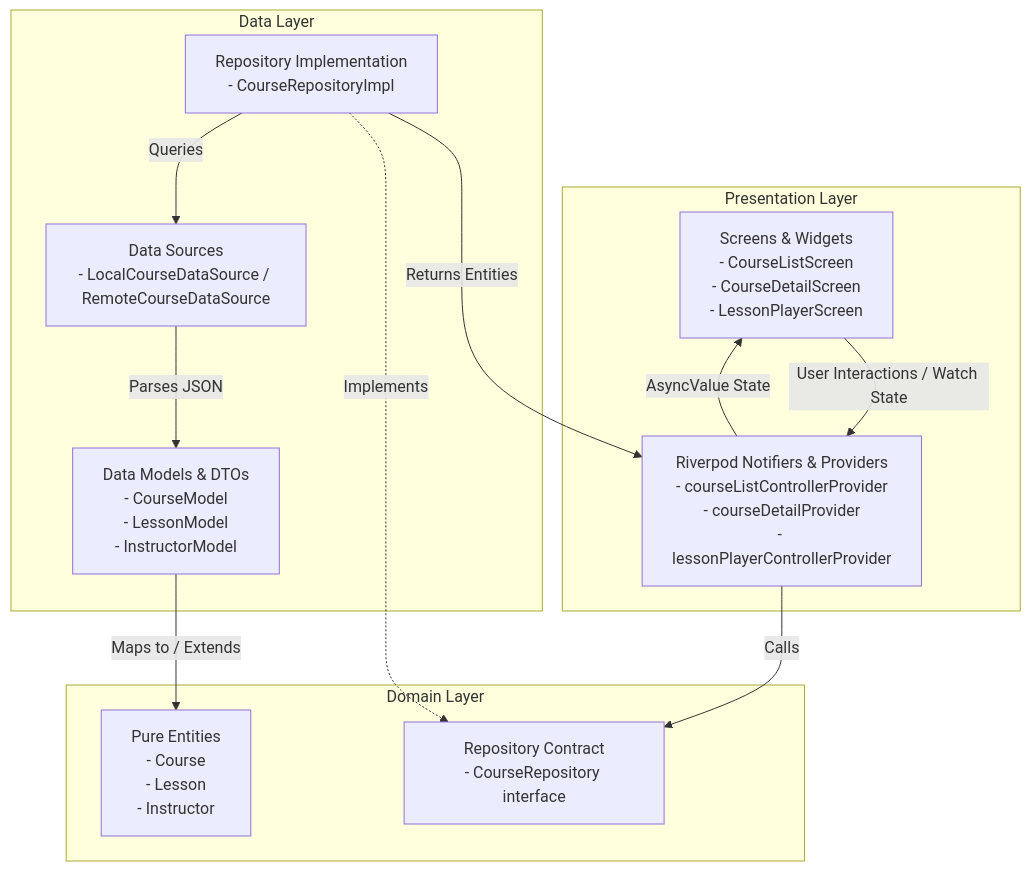
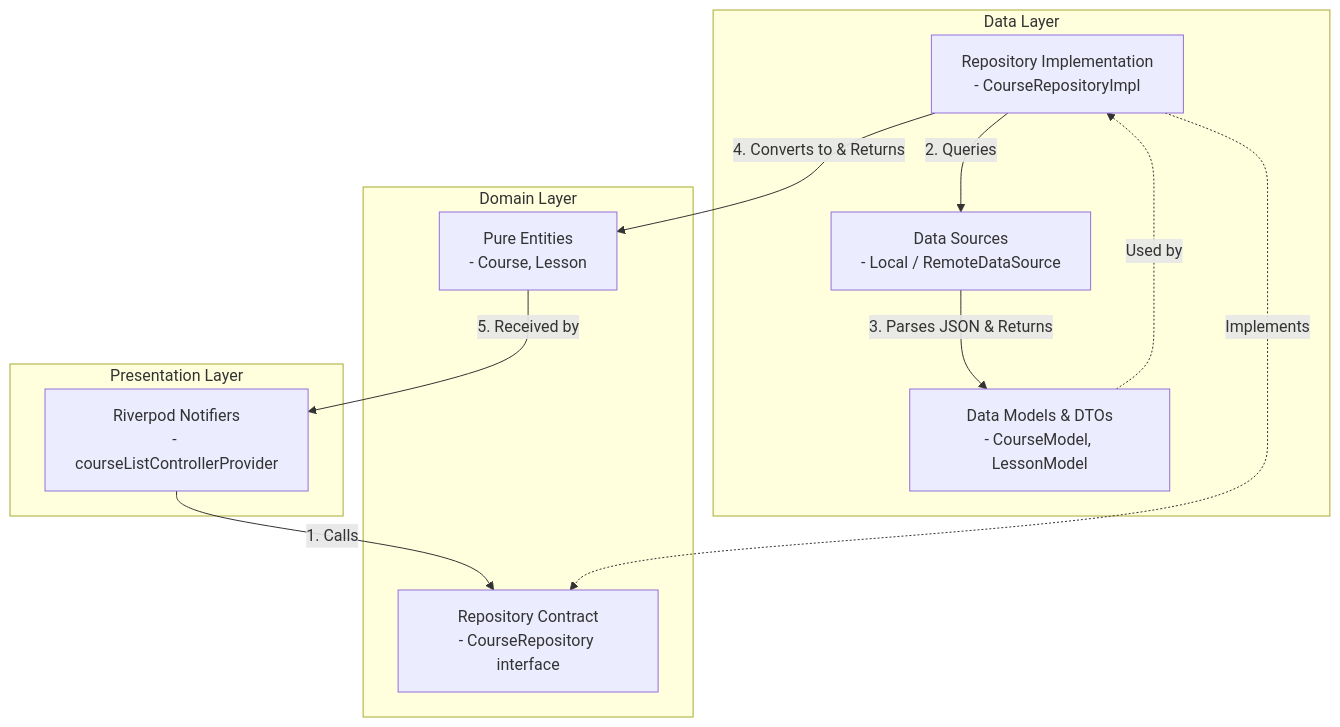
One commit to yonayohana06/course_app changed the first of 4 diagrams in docs/system_design.md. Above: the diagram before and after it, drawn with Mermaid. The commit also changed other lines of this file and 1 other file, not shown here.

Commit message:
refactor(docs): Update system design diagrams and flowchart in documentation

````diff
--- a/docs/system_design.md
+++ b/docs/system_design.md
@@ -13,27 +13,25 @@
 ```mermaid
 flowchart TD
     subgraph Presentation Layer
-        UI["Screens & Widgets<br/>- CourseListScreen<br/>- CourseDetailScreen<br/>- LessonPlayerScreen"]
-        Notifier["Riverpod Notifiers & Providers<br/>- courseListControllerProvider<br/>- courseDetailProvider<br/>- lessonPlayerControllerProvider"]
+        Notifier["Riverpod Notifiers<br/>- courseListControllerProvider"]
     end
 
     subgraph Domain Layer
-        Entities["Pure Entities<br/>- Course<br/>- Lesson<br/>- Instructor"]
+        Entities["Pure Entities<br/>- Course, Lesson"]
         Contract["Repository Contract<br/>- CourseRepository interface"]
     end
 
     subgraph Data Layer
         RepoImpl["Repository Implementation<br/>- CourseRepositoryImpl"]
-        DataSource["Data Sources<br/>- LocalCourseDataSource / RemoteCourseDataSource"]
-        Models["Data Models & DTOs<br/>- CourseModel<br/>- LessonModel<br/>- InstructorModel"]
+        DataSource["Data Sources<br/>- Local / RemoteDataSource"]
+        Models["Data Models & DTOs<br/>- CourseModel, LessonModel"]
     end
 
-    UI -->|User Interactions / Watch State| Notifier
-    Notifier -->|Calls| Contract
+    Notifier -->|1. Calls| Contract
     RepoImpl -.->|Implements| Contract
-    RepoImpl -->|Queries| DataSource
-    DataSource -->|Parses JSON| Models
-    Models -->|Maps to / Extends| Entities
-    RepoImpl -->|Returns Entities| Notifier
-    Notifier -->|AsyncValue State| UI
+    RepoImpl -->|2. Queries| DataSource
+    DataSource -->|3. Parses JSON & Returns| Models
+    Models -.->|Used by| RepoImpl
+    RepoImpl -->|4. Converts to & Returns| Entities
+    Entities -->|5. Received by| Notifier
 ```
````
